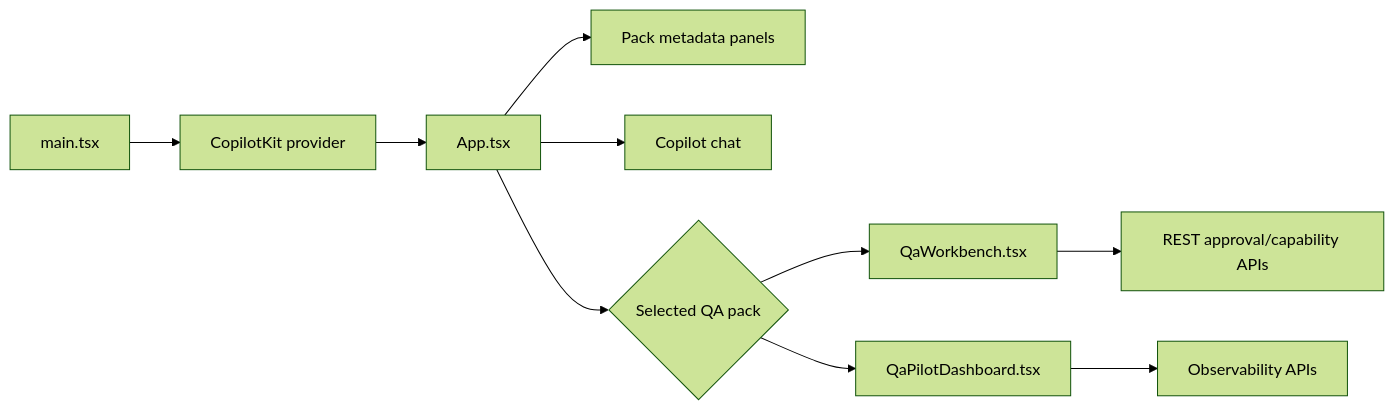
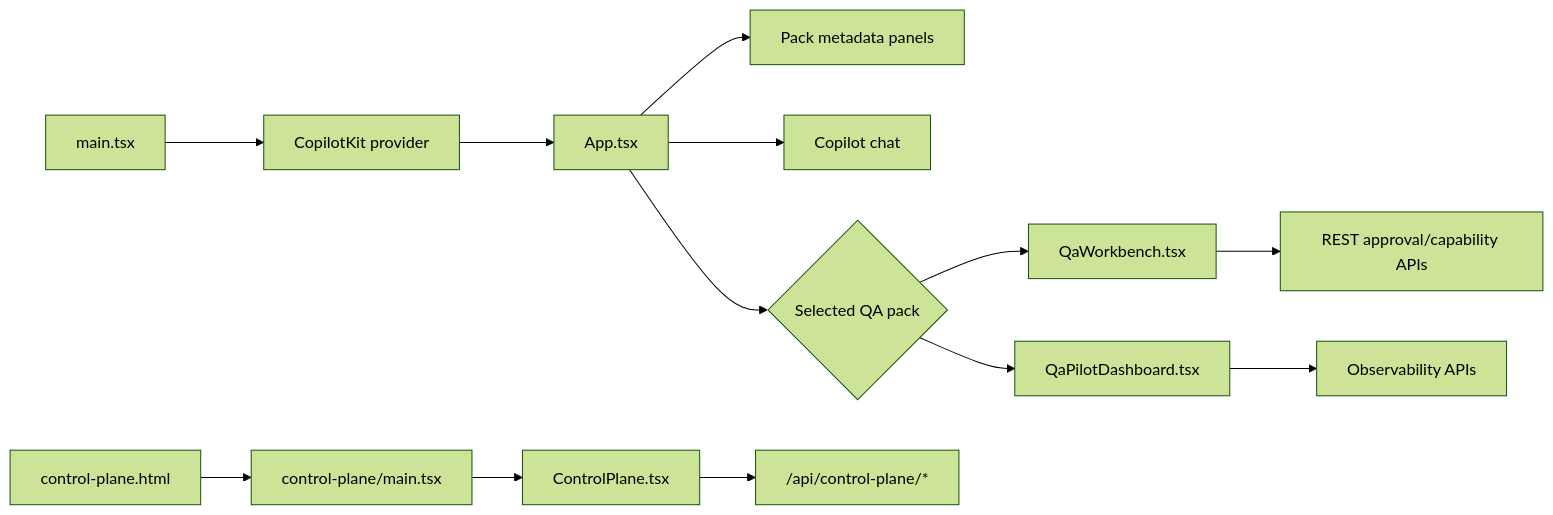
One commit to AnkitParekh007/bm-agents-world changed the diagram in docs/architecture/frontend.md. Above: the diagram before and after it, drawn with Mermaid (forest theme). The commit also changed other lines of this file and 8 other files, not shown here.

First line of the commit message:
Document the control plane and the second governed vertical (#31)

````diff
--- a/docs/architecture/frontend.md
+++ b/docs/architecture/frontend.md
@@ -7,12 +13,16 @@
 ```mermaid
 flowchart LR
   MAIN[main.tsx] --> PROVIDER[CopilotKit provider]
   PROVIDER --> APP[App.tsx]
   APP --> META[Pack metadata panels]
   APP --> CHAT[Copilot chat]
   APP --> QA{Selected QA pack}
   QA --> WORKBENCH[QaWorkbench.tsx]
   QA --> DASH[QaPilotDashboard.tsx]
   WORKBENCH --> API[REST approval/capability APIs]
   DASH --> OBS[Observability APIs]
+
+  CP[control-plane.html] --> CONSOLE["control-plane/main.tsx"]
+  CONSOLE --> PANEL[ControlPlane.tsx]
+  PANEL --> CPAPI["/api/control-plane/*"]
 ```
````
